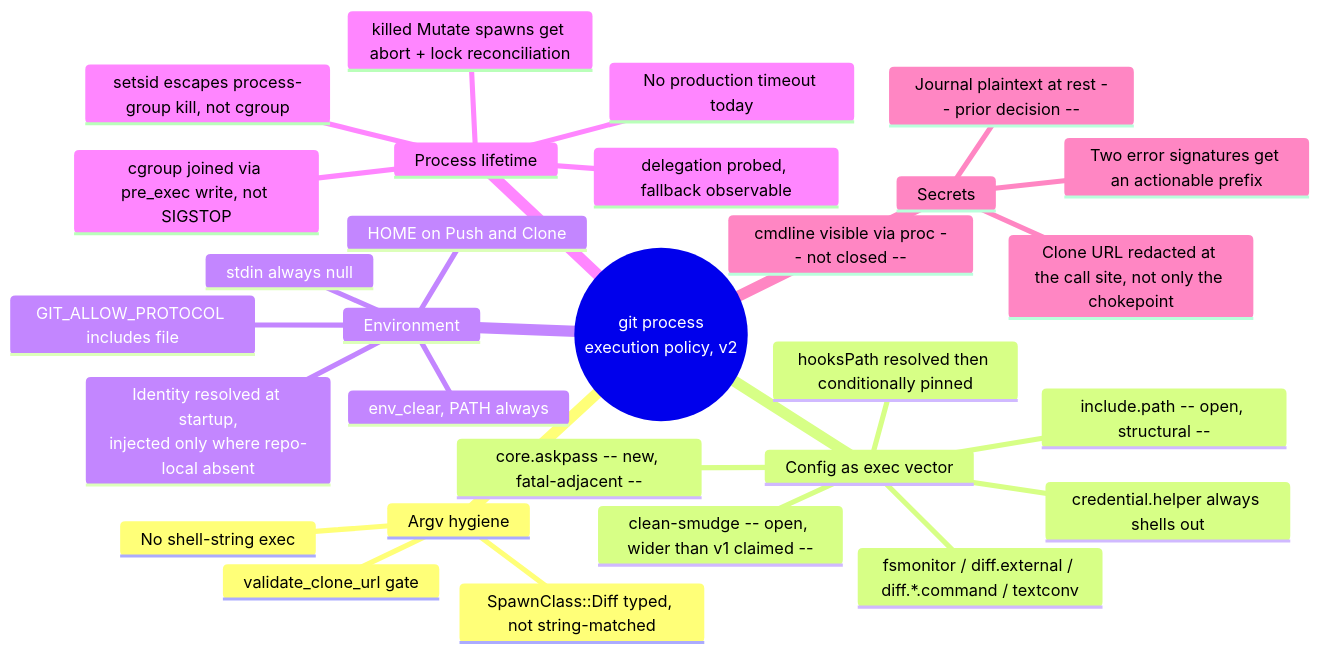
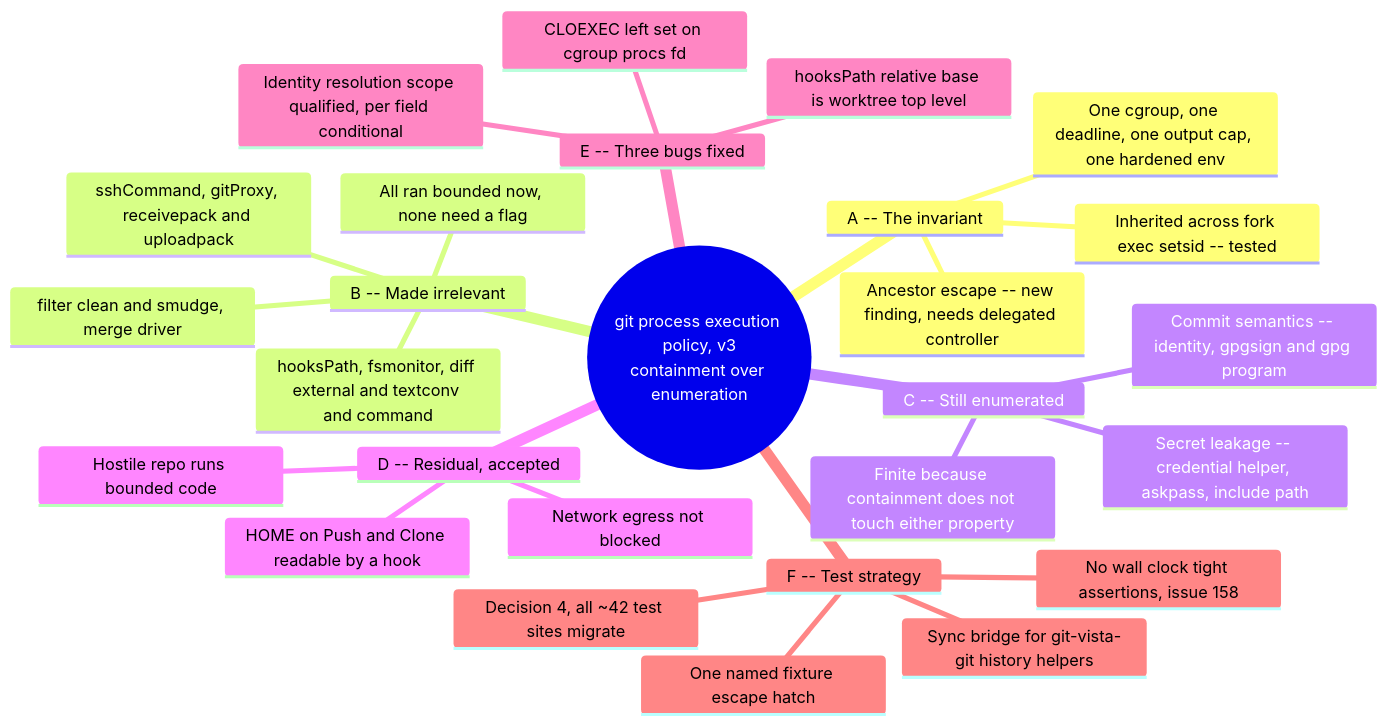
Before and after one commit to tom2025b/git-vista: the fourth of 4 diagrams in docs/superpowers/specs/2026-07-27-m1.13-git-process-policy-design.md, drawn with Mermaid. The commit also changed other lines of this file, not shown here.

````diff
--- a/docs/superpowers/specs/2026-07-27-m1.13-git-process-policy-design.md
+++ b/docs/superpowers/specs/2026-07-27-m1.13-git-process-policy-design.md
@@ -920,32 +651,30 @@
 ```mermaid
 mindmap
-  root((git process<br/>execution policy, v2))
-    Argv hygiene
-      No shell-string exec
-      validate_clone_url gate
-      SpawnClass::Diff typed, not string-matched
-    Config as exec vector
-      credential.helper always shells out
-      hooksPath resolved then conditionally pinned
-      fsmonitor / diff.external / diff.*.command / textconv
-      core.askpass -- new, fatal-adjacent --
-      include.path -- open, structural --
-      clean-smudge -- open, wider than v1 claimed --
-    Environment
-      env_clear, PATH always
-      HOME on Push and Clone
-      Identity resolved at startup,<br/>injected only where repo-local absent
-      GIT_ALLOW_PROTOCOL includes file
-      stdin always null
-    Process lifetime
-      No production timeout today
-      cgroup joined via pre_exec write, not SIGSTOP
-      setsid escapes process-group kill, not cgroup
-      killed Mutate spawns get abort + lock reconciliation
-      delegation probed, fallback observable
-    Secrets
-      Clone URL redacted at the call site, not only the chokepoint
-      cmdline visible via proc -- not closed --
-      Journal plaintext at rest -- prior decision --
-      Two error signatures get an actionable prefix
+  root((git process execution policy, v3<br/>containment over enumeration))
+    A -- The invariant
+      One cgroup, one deadline, one output cap, one hardened env
+      Inherited across fork exec setsid -- tested
+      Ancestor escape -- new finding, needs delegated controller
+    B -- Made irrelevant
+      hooksPath, fsmonitor, diff external and textconv and command
+      filter clean and smudge, merge driver
+      sshCommand, gitProxy, receivepack and uploadpack
+      All ran bounded now, none need a flag
+    C -- Still enumerated
+      Secret leakage -- credential helper, askpass, include path
+      Commit semantics -- identity, gpgsign and gpg program
+      Finite because containment does not touch either property
+    D -- Residual, accepted
+      Hostile repo runs bounded code
+      Network egress not blocked
+      HOME on Push and Clone readable by a hook
+    E -- Three bugs fixed
+      hooksPath relative base is worktree top level
+      Identity resolution scope qualified, per field conditional
+      CLOEXEC left set on cgroup procs fd
+    F -- Test strategy
+      Decision 4, all ~42 test sites migrate
+      One named fixture escape hatch
+      Sync bridge for git-vista-git history helpers
+      No wall clock tight assertions, issue 158
 ```
````
